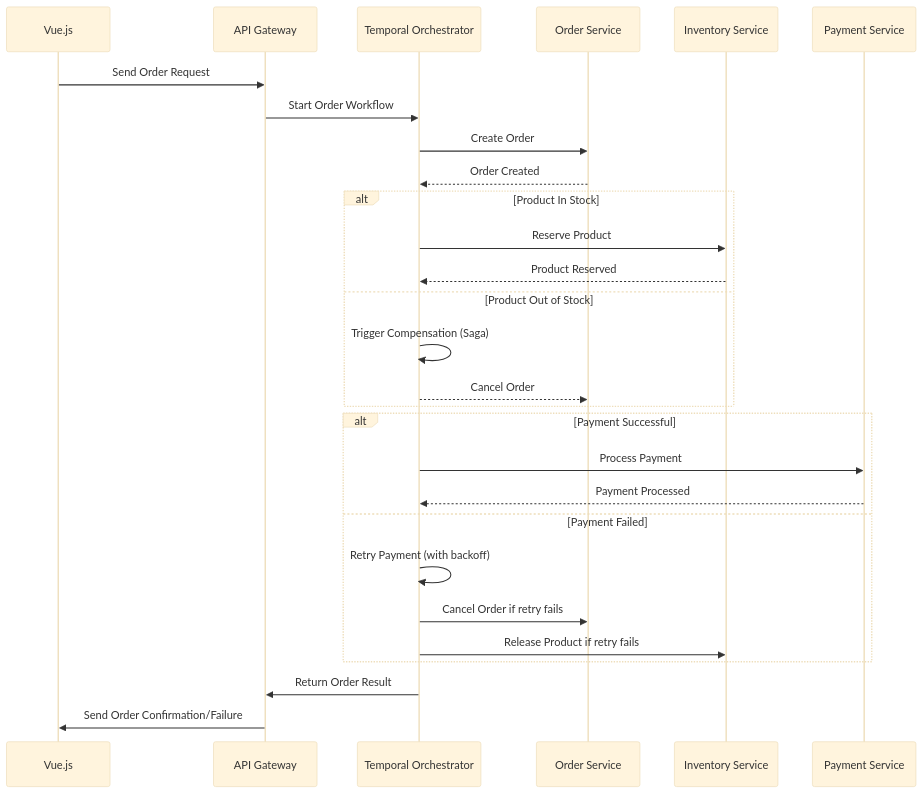
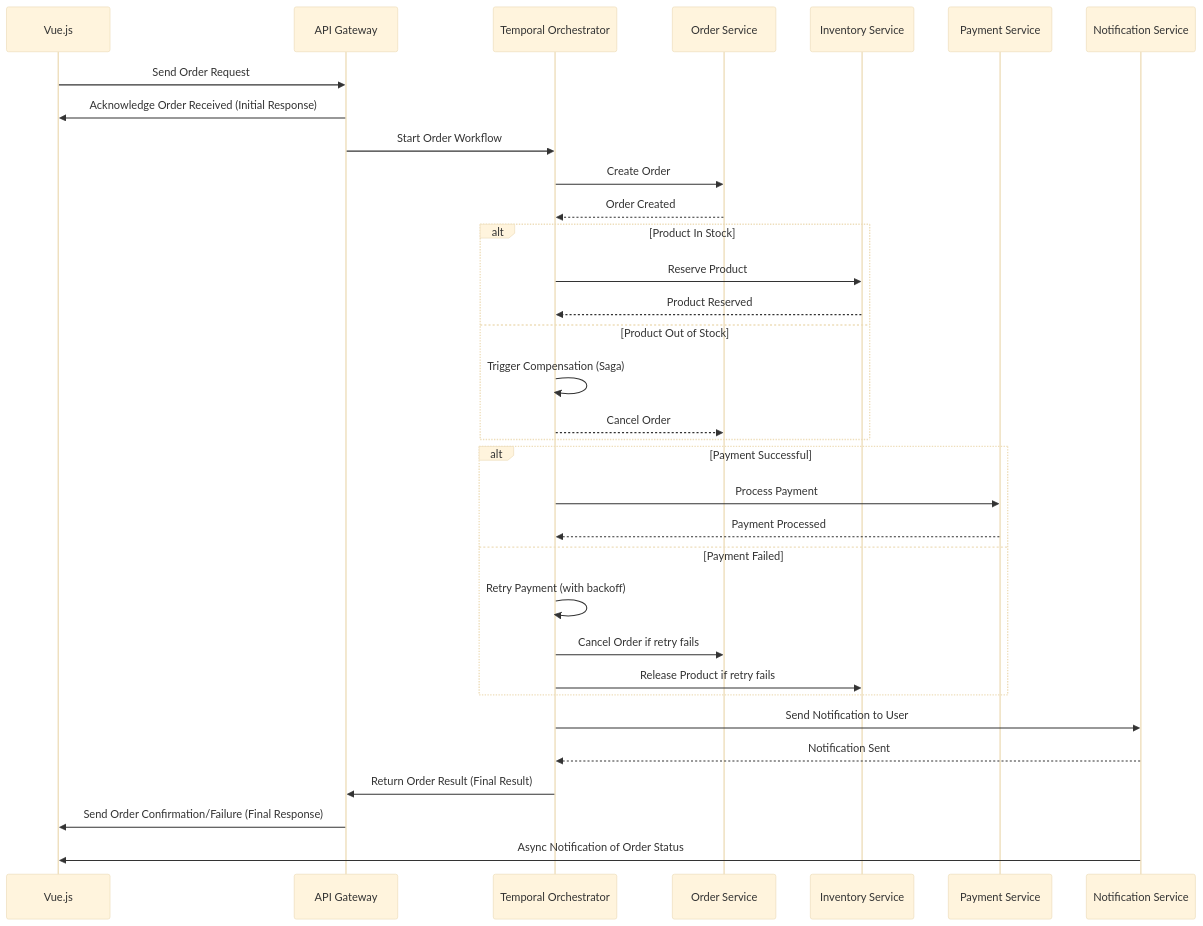
One commit to 99x-incubator/temporal-microservices changed the second of 2 diagrams in architecture.md. Above: the diagram before and after it, drawn with Mermaid (base theme). The commit also changed other lines of this file, not shown here.

````diff
--- a/architecture.md
+++ b/architecture.md
@@ -118,34 +118,42 @@
 ```mermaid
 sequenceDiagram
     participant Vue.js
     participant API Gateway
     participant Temporal Orchestrator
     participant Order Service
     participant Inventory Service
     participant Payment Service
+    participant Notification Service
 
     Vue.js->>API Gateway: Send Order Request
+    API Gateway->>Vue.js: Acknowledge Order Received (Initial Response)
+
     API Gateway->>Temporal Orchestrator: Start Order Workflow
     Temporal Orchestrator->>Order Service: Create Order
     Order Service-->>Temporal Orchestrator: Order Created
 
     alt Product In Stock
         Temporal Orchestrator->>Inventory Service: Reserve Product
         Inventory Service-->>Temporal Orchestrator: Product Reserved
     else Product Out of Stock
         Temporal Orchestrator->>Temporal Orchestrator: Trigger Compensation (Saga)
         Temporal Orchestrator-->>Order Service: Cancel Order
     end
 
     alt Payment Successful
         Temporal Orchestrator->>Payment Service: Process Payment
         Payment Service-->>Temporal Orchestrator: Payment Processed
     else Payment Failed
         Temporal Orchestrator->>Temporal Orchestrator: Retry Payment (with backoff)
         Temporal Orchestrator->>Order Service: Cancel Order if retry fails
         Temporal Orchestrator->>Inventory Service: Release Product if retry fails
     end
 
-    Temporal Orchestrator->>API Gateway: Return Order Result
-    API Gateway->>Vue.js: Send Order Confirmation/Failure
+    Temporal Orchestrator->>Notification Service: Send Notification to User
+    Notification Service-->>Temporal Orchestrator: Notification Sent
+
+    Temporal Orchestrator->>API Gateway: Return Order Result (Final Result)
+    API Gateway->>Vue.js: Send Order Confirmation/Failure (Final Response)
+    Notification Service->>Vue.js: Async Notification of Order Status
+
 ```
````
